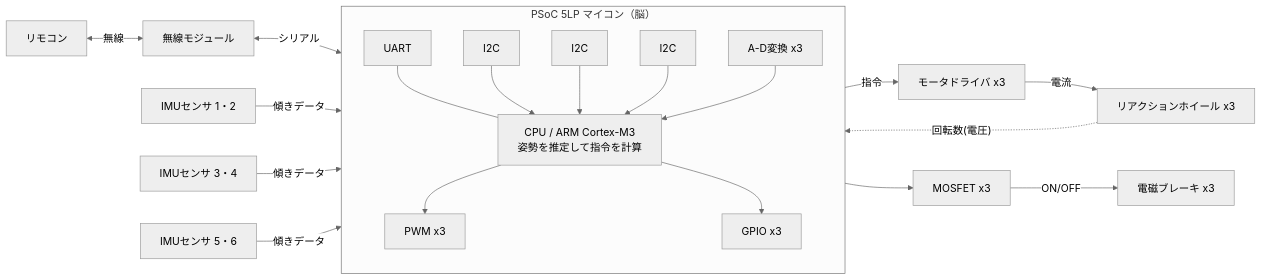
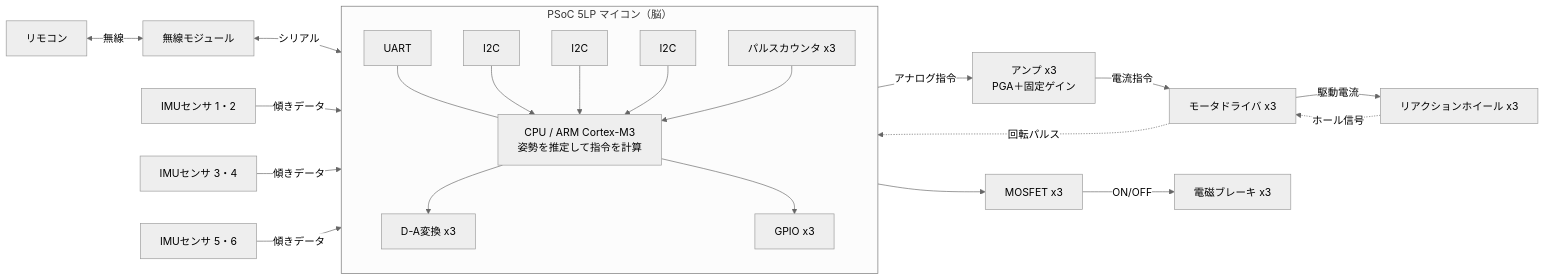
Before and after one commit to ktanino10/attitude-control-study: the first of 2 diagrams in ja/reference/system-block.md, drawn with Mermaid (neutral theme). The commit also changed other lines of this file and 17 other files, not shown here.

First line of the commit message:
Correct hardware signal path and figure references to match the article

````diff
--- a/ja/reference/system-block.md
+++ b/ja/reference/system-block.md
@@ -10,38 +10,39 @@
 ```mermaid
 flowchart LR
     RC["リモコン"]
     WL["無線モジュール"]
 
     subgraph PSOC["PSoC 5LP マイコン（脳）"]
         direction TB
         UART["UART"]
         I2C1["I2C"]
         I2C2["I2C"]
         I2C3["I2C"]
         CPU["CPU / ARM Cortex-M3<br/>姿勢を推定して指令を計算"]
-        PWM["PWM x3"]
-        ADC["A-D変換 x3"]
+        DAC["D-A変換 x3"]
+        PC["パルスカウンタ x3"]
         GPIO["GPIO x3"]
     end
 
     IMU12["IMUセンサ 1・2"]
     IMU34["IMUセンサ 3・4"]
     IMU56["IMUセンサ 5・6"]
 
+    AMP["アンプ x3<br/>PGA＋固定ゲイン"]
     MD["モータドライバ x3"]
     RW["リアクションホイール x3"]
     MF["MOSFET x3"]
     BR["電磁ブレーキ x3"]
 
     RC <-->|"無線"| WL
     WL <-->|"シリアル"| UART
     UART --- CPU
 
     IMU12 -->|"傾きデータ"| I2C1 --> CPU
     IMU34 -->|"傾きデータ"| I2C2 --> CPU
     IMU56 -->|"傾きデータ"| I2C3 --> CPU
 
-    CPU --> PWM -->|"指令"| MD -->|"電流"| RW
-    RW -.->|"回転数(電圧)"| ADC --> CPU
+    CPU --> DAC -->|"アナログ指令"| AMP -->|"電流指令"| MD -->|"駆動電流"| RW
+    RW -.->|"ホール信号"| MD -.->|"回転パルス"| PC --> CPU
     CPU --> GPIO --> MF -->|"ON/OFF"| BR
 ```
````
